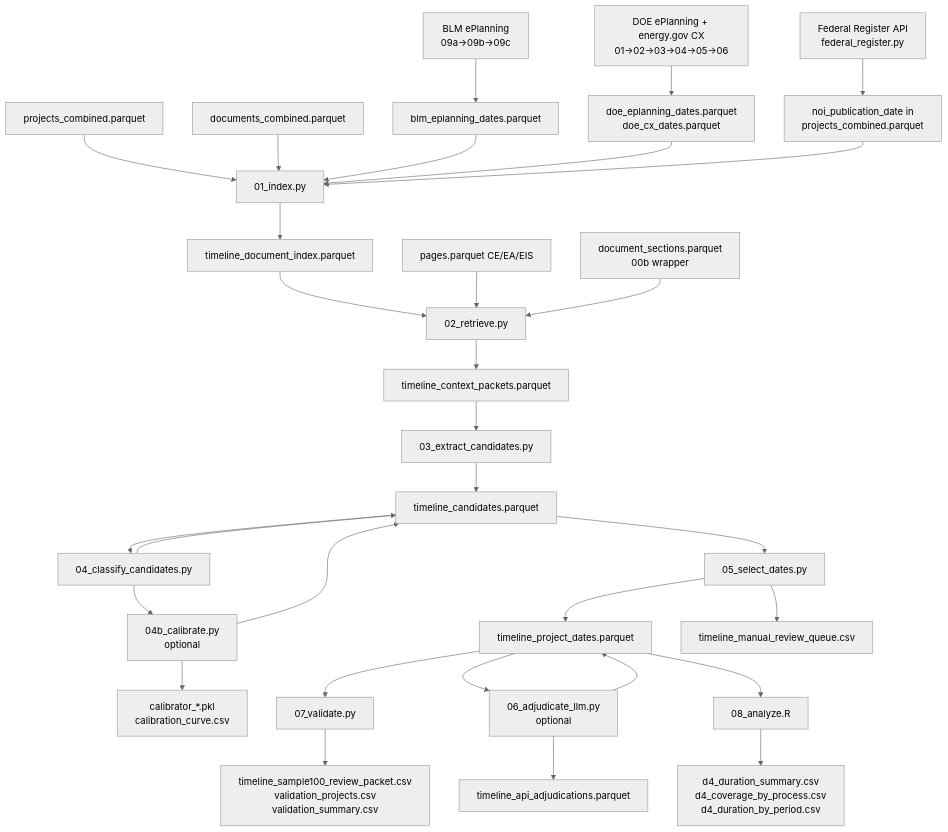
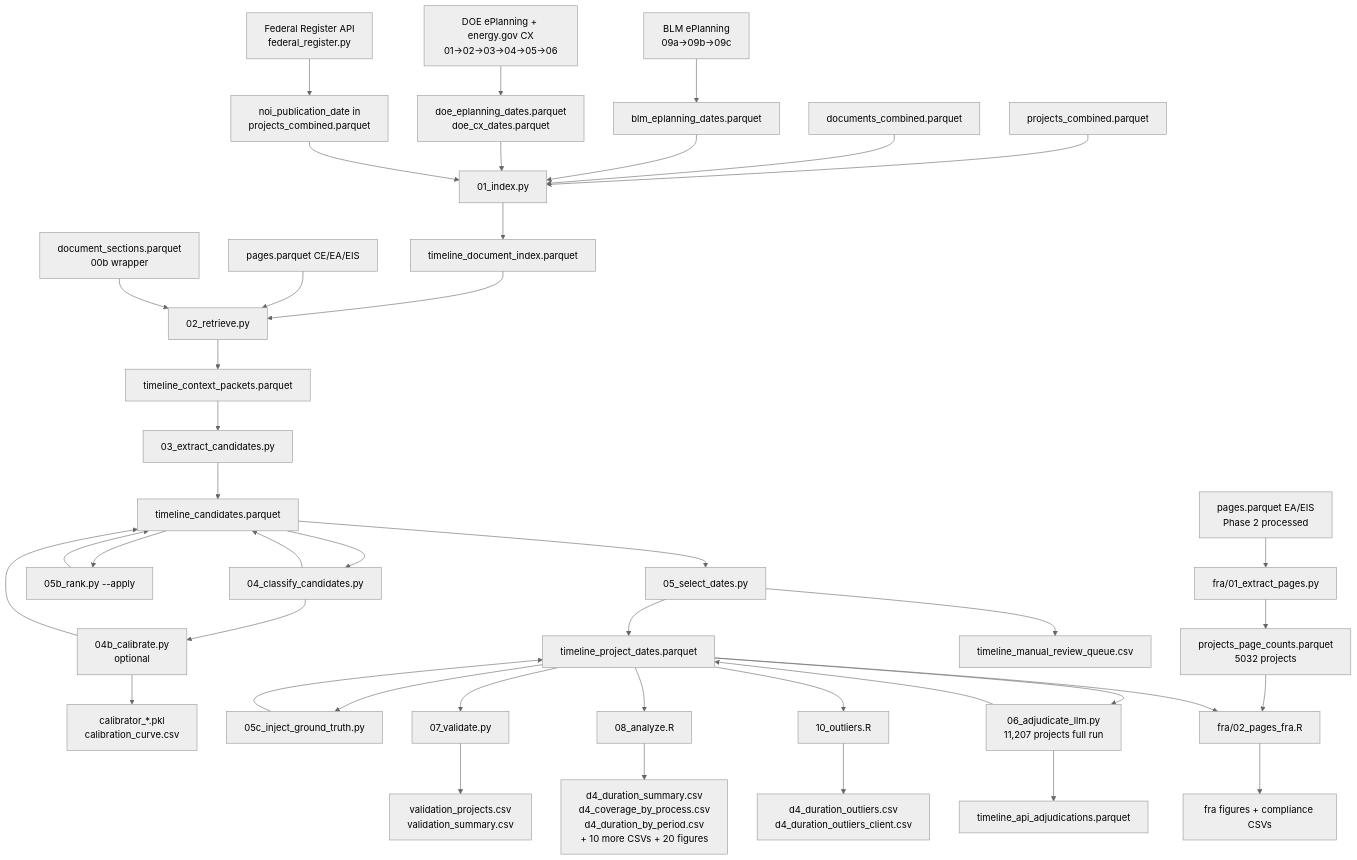
Before and after one commit to kaseyzapatka/nepa: the diagram in phase2/architecture/deliverables/deliverable04.md, drawn with Mermaid (neutral theme). The commit also changed other lines of this file, not shown here.

Commit message:
update D4 architecture

````diff
--- a/phase2/architecture/deliverables/deliverable04.md
+++ b/phase2/architecture/deliverables/deliverable04.md
@@ -65,40 +74,55 @@
 ```mermaid
 flowchart TD
     A[BLM ePlanning\n09a→09b→09c] --> B[blm_eplanning_dates.parquet]
     C[DOE ePlanning + energy.gov CX\n01→02→03→04→05→06] --> D[doe_eplanning_dates.parquet\ndoe_cx_dates.parquet]
     E[Federal Register API\nfederal_register.py] --> F[noi_publication_date in\nprojects_combined.parquet]
 
     G[projects_combined.parquet] --> H[01_index.py]
     I[documents_combined.parquet] --> H
     B --> H
     D --> H
     F --> H
     H --> J[timeline_document_index.parquet]
 
     J --> K[02_retrieve.py]
     L[pages.parquet CE/EA/EIS] --> K
     M[document_sections.parquet\n00b wrapper] --> K
     K --> N[timeline_context_packets.parquet]
 
     N --> O[03_extract_candidates.py]
     O --> P[timeline_candidates.parquet]
     P --> C4[04_classify_candidates.py]
     C4 --> P
     C4 --> C4B[04b_calibrate.py\noptional]
     C4B --> C4O[calibrator_*.pkl\ncalibration_curve.csv]
     C4B --> P
 
+    P --> R5B[05b_rank.py --apply]
+    R5B --> P
+
     P --> Q[05_select_dates.py]
     Q --> R[timeline_project_dates.parquet]
     Q --> S[timeline_manual_review_queue.csv]
 
+    R --> GT[05c_inject_ground_truth.py]
+    GT --> R
+
     R --> T[07_validate.py]
-    T --> U[timeline_sample100_review_packet.csv\nvalidation_projects.csv\nvalidation_summary.csv]
+    T --> U[validation_projects.csv\nvalidation_summary.csv]
 
-    R --> V[06_adjudicate_llm.py\noptional]
+    R --> V[06_adjudicate_llm.py\n11,207 projects full run]
     V --> W[timeline_api_adjudications.parquet]
     V --> R
 
     R --> X[08_analyze.R]
-    X --> Y[d4_duration_summary.csv\nd4_coverage_by_process.csv\nd4_duration_by_period.csv]
+    X --> Y[d4_duration_summary.csv\nd4_coverage_by_process.csv\nd4_duration_by_period.csv\n+ 10 more CSVs + 20 figures]
+
+    R --> OL[10_outliers.R]
+    OL --> OO[d4_duration_outliers.csv\nd4_duration_outliers_client.csv]
+
+    FPAGES[pages.parquet EA/EIS\nPhase 2 processed] --> FRA1[fra/01_extract_pages.py]
+    FRA1 --> FRA2[projects_page_counts.parquet\n5032 projects]
+    FRA2 --> FRA3[fra/02_pages_fra.R]
+    R --> FRA3
+    FRA3 --> FRA4[fra figures + compliance CSVs]
 ```
````
